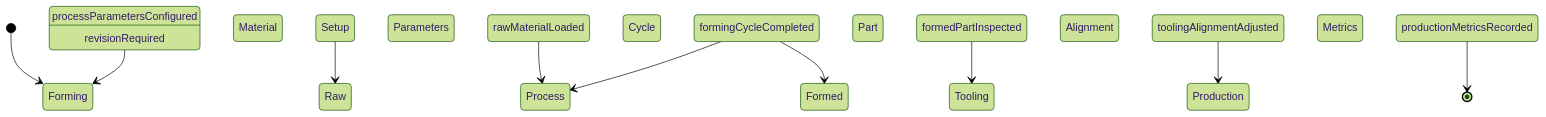
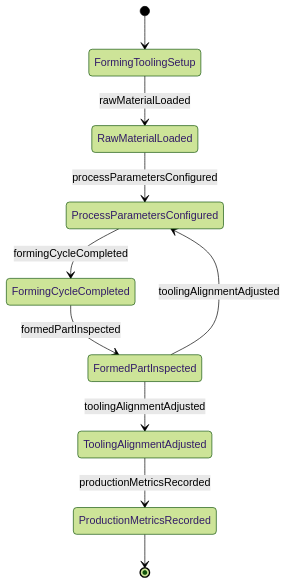
The second of 4 diagrams in ControllingMachinesAndProcesses/OperateIndustrialProcessingOrProductionEquipment/OperateMetalPlasticFormingEquipment.mdx (dot-org-ai/tasks.org.ai), drawn with Mermaid (forest theme) before and after one commit. The commit also changed other lines of this file and 515 other files, not shown here.

````diff
--- a/ControllingMachinesAndProcesses/OperateIndustrialProcessingOrProductionEquipment/OperateMetalPlasticFormingEquipment.mdx
+++ b/ControllingMachinesAndProcesses/OperateIndustrialProcessingOrProductionEquipment/OperateMetalPlasticFormingEquipment.mdx
@@ -101,12 +101,12 @@
 ```mermaid
 stateDiagram-v2
-    [*] --> Forming Tooling Setup
-    Forming Tooling Setup --> Raw Material Loaded : rawMaterialLoaded
-    Raw Material Loaded --> Process Parameters Configured : processParametersConfigured
-    Process Parameters Configured --> Forming Cycle Completed : formingCycleCompleted
-    Forming Cycle Completed --> Formed Part Inspected : formedPartInspected
-    Formed Part Inspected --> Tooling Alignment Adjusted : toolingAlignmentAdjusted
-    Tooling Alignment Adjusted --> Production Metrics Recorded : productionMetricsRecorded
-    Forming Cycle Completed --> Process Parameters Configured : revisionRequired
-    Production Metrics Recorded --> [*]
+    [*] --> FormingToolingSetup
+    FormingToolingSetup --> RawMaterialLoaded : rawMaterialLoaded
+    RawMaterialLoaded --> ProcessParametersConfigured : processParametersConfigured
+    ProcessParametersConfigured --> FormingCycleCompleted : formingCycleCompleted
+    FormingCycleCompleted --> FormedPartInspected : formedPartInspected
+    FormedPartInspected --> ToolingAlignmentAdjusted : toolingAlignmentAdjusted
+    ToolingAlignmentAdjusted --> ProductionMetricsRecorded : productionMetricsRecorded
+    FormedPartInspected --> ProcessParametersConfigured : toolingAlignmentAdjusted
+    ProductionMetricsRecorded --> [*]
 ```
````
